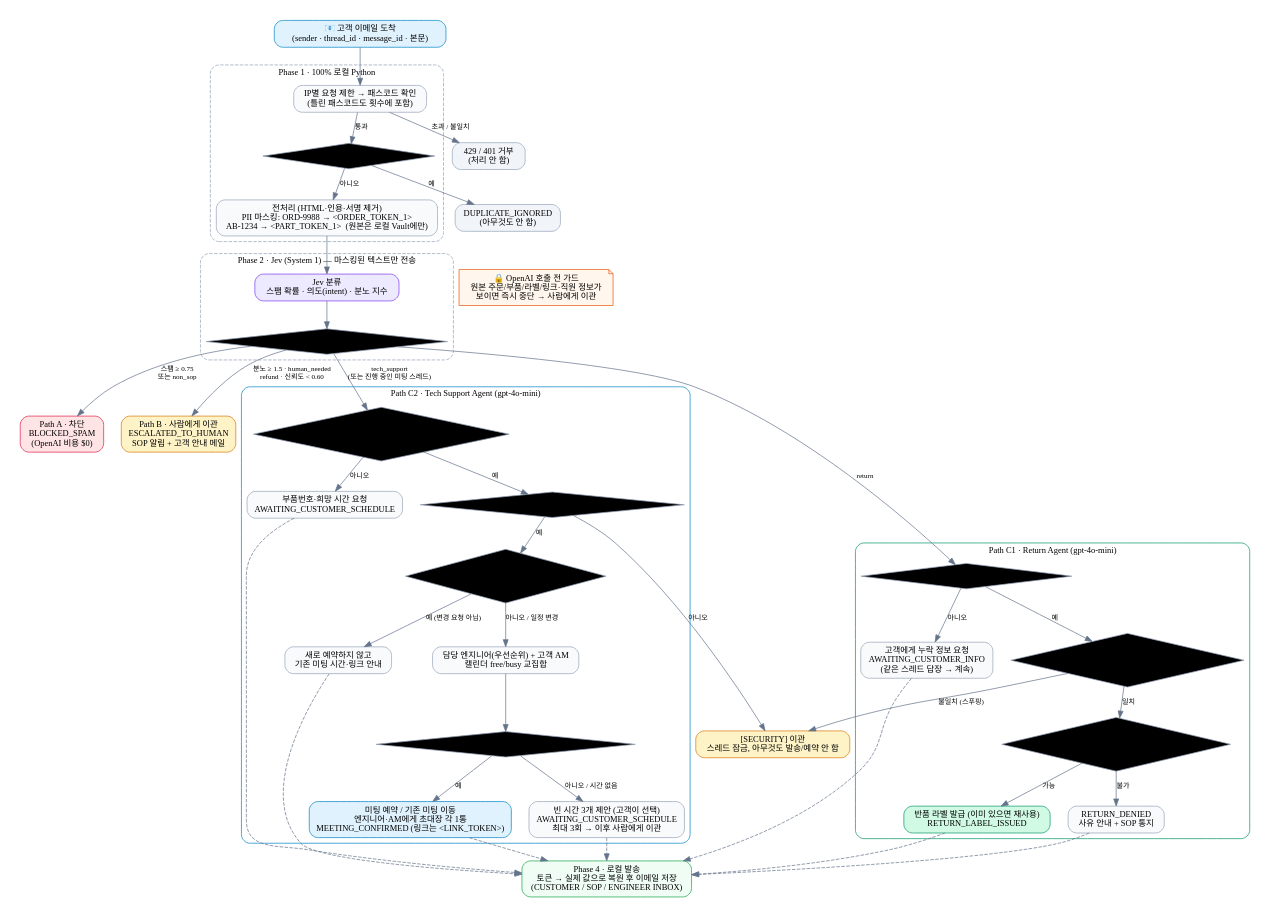
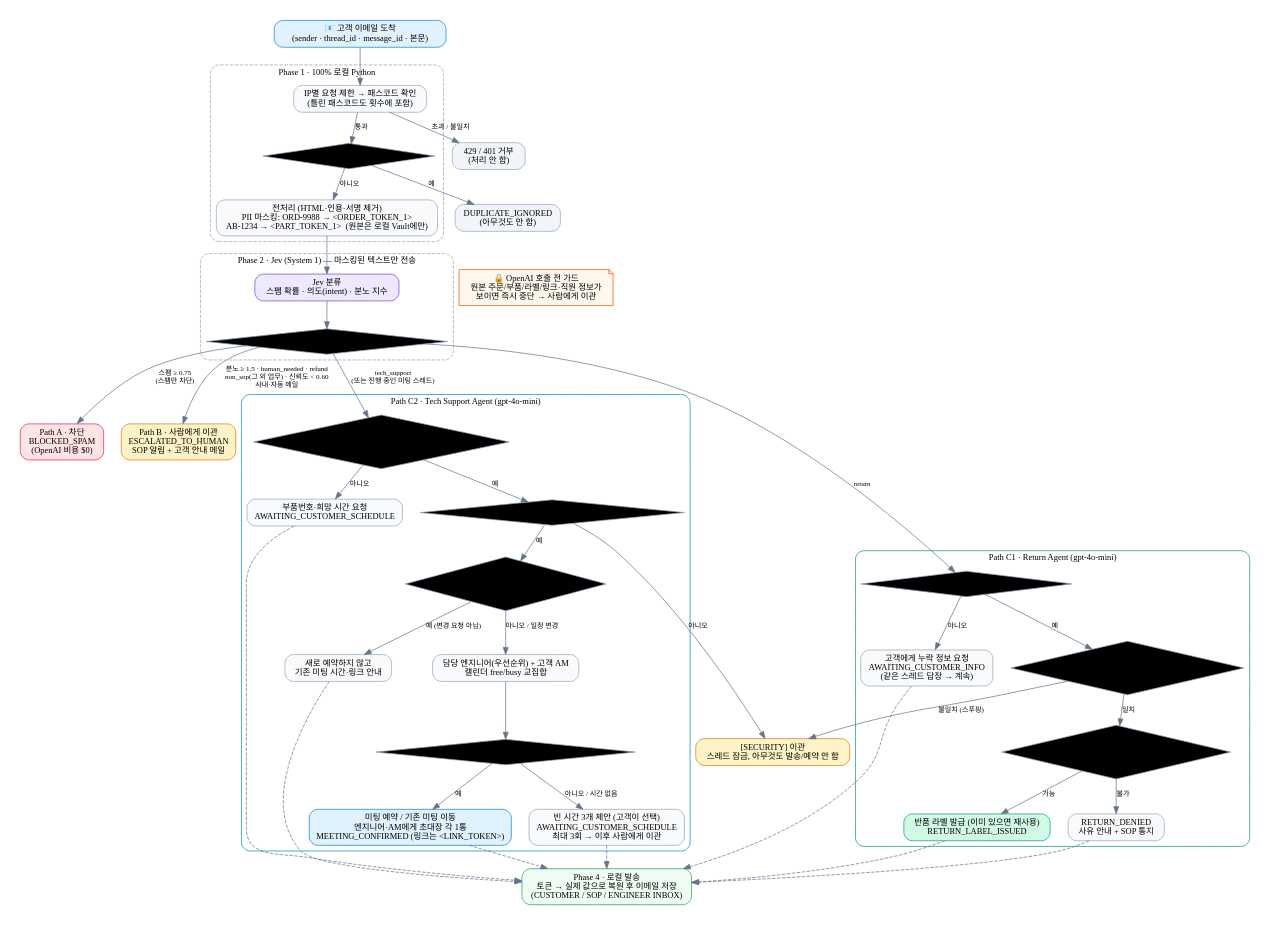
The diagram in docs/flowchart.dot (sangmin-matthew-lee/sopo-agnet-claude), drawn with Graphviz before and after one commit. The commit also changed 10 other files, not shown here.

First line of the commit message:
Block only real spam; hand other non-return/non-tech email to SOP

```diff
--- a/docs/flowchart.dot
+++ b/docs/flowchart.dot
@@ -1,85 +1,85 @@
 // Render: dot -Tpng -Gdpi=140 docs/flowchart.dot -o docs/flowchart.png
 digraph SOPO {
   graph [rankdir=TB, fontname="Apple SD Gothic Neo", nodesep=0.35, ranksep=0.45, bgcolor="white", pad=0.3];
   node  [shape=box, style="rounded,filled", fontname="Apple SD Gothic Neo", fontsize=12, color="#94a3b8",
          fillcolor="#f8fafc", margin="0.18,0.08"];
   edge  [fontname="Apple SD Gothic Neo", fontsize=10, color="#64748b"];
 
   email [label="📧 고객 이메일 도착\n(sender · thread_id · message_id · 본문)", fillcolor="#e0f2fe", color="#0284c7"];
 
   subgraph cluster_p1 {
     label="Phase 1 · 100% 로컬 Python"; style="rounded,dashed"; color="#94a3b8"; fontsize=12;
     gate  [label="IP별 요청 제한 → 패스코드 확인\n(틀린 패스코드도 횟수에 포함)"; shape=box];
     dup   [label="중복 message_id?"; shape=diamond, style="filled", fillcolor="#fff"];
     mask  [label="전처리 (HTML·인용·서명 제거)\nPII 마스킹: ORD-9988 → <ORDER_TOKEN_1>\nAB-1234 → <PART_TOKEN_1>  (원본은 로컬 Vault에만)"];
   }
   rejected [label="429 / 401 거부\n(처리 안 함)", fillcolor="#f1f5f9"];
   ignored [label="DUPLICATE_IGNORED\n(아무것도 안 함)", fillcolor="#f1f5f9"];
 
   subgraph cluster_p2 {
     label="Phase 2 · Jev (System 1) — 마스킹된 텍스트만 전송"; style="rounded,dashed"; color="#94a3b8"; fontsize=12;
     jev   [label="Jev 분류\n스팸 확률 · 의도(intent) · 분노 지수", fillcolor="#ede9fe", color="#7c3aed"];
     route [label="결정적 라우터 (Python 규칙)"; shape=diamond, style="filled", fillcolor="#fff"];
   }
 
   blockA [label="Path A · 차단\nBLOCKED_SPAM\n(OpenAI 비용 $0)", fillcolor="#ffe4e6", color="#e11d48"];
   humanB [label="Path B · 사람에게 이관\nESCALATED_TO_HUMAN\nSOP 알림 + 고객 안내 메일", fillcolor="#fef3c7", color="#d97706"];
 
   subgraph cluster_ret {
     label="Path C1 · Return Agent (gpt-4o-mini)"; style="rounded"; color="#059669"; fontsize=12;
     rmiss [label="주문번호/부품번호 있음?"; shape=diamond, style="filled", fillcolor="#fff"];
     rask  [label="고객에게 누락 정보 요청\nAWAITING_CUSTOMER_INFO\n(같은 스레드 답장 → 계속)"];
     rown  [label="3-way 확인\n주문 · 부품 · 보낸사람 일치?"; shape=diamond, style="filled", fillcolor="#fff"];
     relig [label="반품 자격\n배송완료 · 30일 이내 · 수량"; shape=diamond, style="filled", fillcolor="#fff"];
     rdeny [label="RETURN_DENIED\n사유 안내 + SOP 통지"];
     rlabel[label="반품 라벨 발급 (이미 있으면 재사용)\nRETURN_LABEL_ISSUED", fillcolor="#d1fae5", color="#059669"];
   }
 
   subgraph cluster_tech {
     label="Path C2 · Tech Support Agent (gpt-4o-mini)"; style="rounded"; color="#0284c7"; fontsize=12;
     tpart [label="부품번호 있음?\n(없으면 고객의 예정 미팅 검색)"; shape=diamond, style="filled", fillcolor="#fff"];
     task  [label="부품번호·희망 시간 요청\nAWAITING_CUSTOMER_SCHEDULE"];
     town  [label="이 고객이 해당 부품을 구매했나?"; shape=diamond, style="filled", fillcolor="#fff"];
     tcal  [label="담당 엔지니어(우선순위) + 고객 AM\n캘린더 free/busy 교집합"];
     tok   [label="고객이 요청한 시간이 비어있나?"; shape=diamond, style="filled", fillcolor="#fff"];
     toffer[label="빈 시간 3개 제안 (고객이 선택)\nAWAITING_CUSTOMER_SCHEDULE\n최대 3회 → 이후 사람에게 이관"];
     tbooked[label="이미 예정된 미팅 있음?\n(고객·부품당 1개)"; shape=diamond, style="filled", fillcolor="#fff"];
     tinfo [label="새로 예약하지 않고\n기존 미팅 시간·링크 안내"];
     tbook [label="미팅 예약 / 기존 미팅 이동\n엔지니어·AM에게 초대장 각 1통\nMEETING_CONFIRMED (링크는 <LINK_TOKEN>)", fillcolor="#e0f2fe", color="#0284c7"];
   }
 
   security [label="[SECURITY] 이관\n스레드 잠금, 아무것도 발송/예약 안 함", fillcolor="#fef3c7", color="#d97706"];
   dispatch [label="Phase 4 · 로컬 발송\n토큰 → 실제 값으로 복원 후 이메일 저장\n(CUSTOMER / SOP / ENGINEER INBOX)", fillcolor="#f0fdf4", color="#16a34a"];
   guard    [label="🔒 OpenAI 호출 전 가드\n원본 주문/부품/라벨/링크·직원 정보가\n보이면 즉시 중단 → 사람에게 이관", shape=note, fillcolor="#fff7ed", color="#ea580c"];
 
   email -> gate;
   gate -> rejected [label="초과 / 불일치"];
   gate -> dup [label="통과"];
   dup -> ignored [label="예"];
   dup -> mask [label="아니오"];
   mask -> jev -> route;
-  route -> blockA [label="스팸 ≥ 0.75\n또는 non_sop"];
-  route -> humanB [label="분노 ≥ 1.5 · human_needed\nrefund · 신뢰도 < 0.60"];
+  route -> blockA [label="스팸 ≥ 0.75\n(스팸만 차단)"];
+  route -> humanB [label="분노 ≥ 1.5 · human_needed · refund\nnon_sop(그 외 업무) · 신뢰도 < 0.60\n사내·자동 메일"];
   route -> rmiss  [label="return"];
   route -> tpart  [label="tech_support\n(또는 진행 중인 미팅 스레드)"];
 
   rmiss -> rask  [label="아니오"];
   rmiss -> rown  [label="예"];
   rown -> security [label="불일치 (스푸핑)"];
   rown -> relig [label="일치"];
   relig -> rdeny [label="불가"];
   relig -> rlabel [label="가능"];
 
   tpart -> task [label="아니오"];
   tpart -> town [label="예"];
   town -> security [label="아니오"];
   town -> tbooked [label="예"];
   tbooked -> tinfo [label="예 (변경 요청 아님)"];
   tbooked -> tcal [label="아니오 / 일정 변경"];
   tcal -> tok;
   tok -> tbook [label="예"];
   tok -> toffer [label="아니오 / 시간 없음"];
 
   {rask rdeny rlabel task toffer tbook tinfo} -> dispatch [style=dashed];
   guard -> route [style=invis];
 }
```
